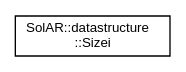
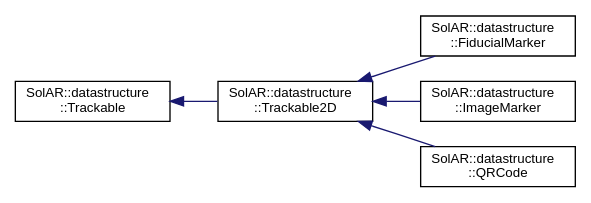
The diagram in api_documentation/inherit_graph_28.dot (SolarFramework/solarframework.github.io), drawn with Graphviz before and after one commit. The commit also changed 39 other files, not shown here.

```diff
--- a/api_documentation/inherit_graph_28.dot
+++ b/api_documentation/inherit_graph_28.dot
@@ -1,8 +1,16 @@
 digraph "Graphical Class Hierarchy"
 {
  // LATEX_PDF_SIZE
   edge [fontname="Helvetica",fontsize="10",labelfontname="Helvetica",labelfontsize="10"];
   node [fontname="Helvetica",fontsize="10",shape=record];
   rankdir="LR";
-  Node0 [label="SolAR::datastructure\l::Sizei",height=0.2,width=0.4,color="black", fillcolor="white", style="filled",URL="$struct_sol_a_r_1_1datastructure_1_1_sizei.html",tooltip="A 2D size defined with integers."];
+  Node0 [label="SolAR::datastructure\l::Trackable",height=0.2,width=0.4,color="black", fillcolor="white", style="filled",URL="$class_sol_a_r_1_1datastructure_1_1_trackable.html",tooltip="This abstract class defines the generic trackable datastructure."];
+  Node0 -> Node1 [dir="back",color="midnightblue",fontsize="10",style="solid",fontname="Helvetica"];
+  Node1 [label="SolAR::datastructure\l::Trackable2D",height=0.2,width=0.4,color="black", fillcolor="white", style="filled",URL="$class_sol_a_r_1_1datastructure_1_1_trackable2_d.html",tooltip="This abstract class defines the generic 2D trackable datastructure."];
+  Node1 -> Node2 [dir="back",color="midnightblue",fontsize="10",style="solid",fontname="Helvetica"];
+  Node2 [label="SolAR::datastructure\l::FiducialMarker",height=0.2,width=0.4,color="black", fillcolor="white", style="filled",URL="$class_sol_a_r_1_1datastructure_1_1_fiducial_marker.html",tooltip="This class defines a fiducial marker datastructure."];
+  Node1 -> Node3 [dir="back",color="midnightblue",fontsize="10",style="solid",fontname="Helvetica"];
+  Node3 [label="SolAR::datastructure\l::ImageMarker",height=0.2,width=0.4,color="black", fillcolor="white", style="filled",URL="$class_sol_a_r_1_1datastructure_1_1_image_marker.html",tooltip="This class defines a fiducial marker datastructure."];
+  Node1 -> Node4 [dir="back",color="midnightblue",fontsize="10",style="solid",fontname="Helvetica"];
+  Node4 [label="SolAR::datastructure\l::QRCode",height=0.2,width=0.4,color="black", fillcolor="white", style="filled",URL="$class_sol_a_r_1_1datastructure_1_1_q_r_code.html",tooltip="This class defines a QR code datastructure."];
 }
```
